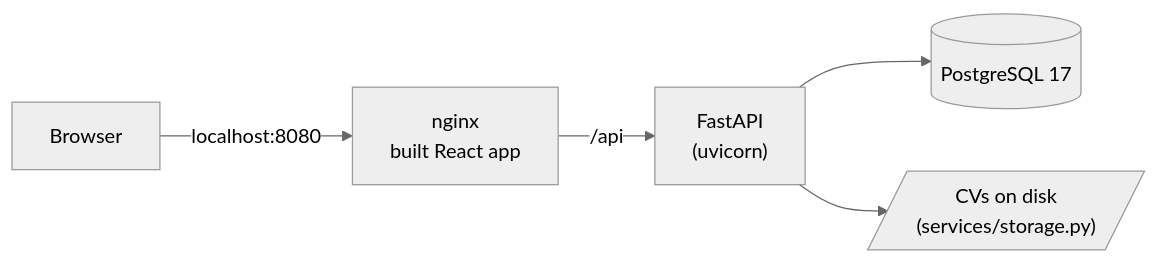
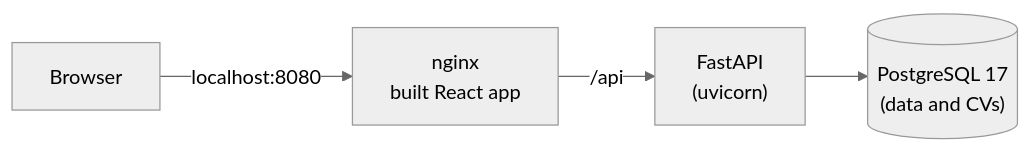
One commit to Vicram4/cafe-sinnoh changed the diagram in README.en.md. Above: the diagram before and after it, drawn with Mermaid (neutral theme). The commit also changed other lines of this file and 4 other files, not shown here.

````diff
--- a/README.en.md
+++ b/README.en.md
@@ -41,7 +41,6 @@
 ```mermaid
 flowchart LR
     U[Browser] -->|"localhost:8080"| N["nginx<br/>built React app"]
     N -->|"/api"| B["FastAPI<br/>(uvicorn)"]
-    B --> D[("PostgreSQL 17")]
-    B --> F[/"CVs on disk<br/>(services/storage.py)"/]
+    B --> D[("PostgreSQL 17<br/>(data and CVs)")]
 ```
````
